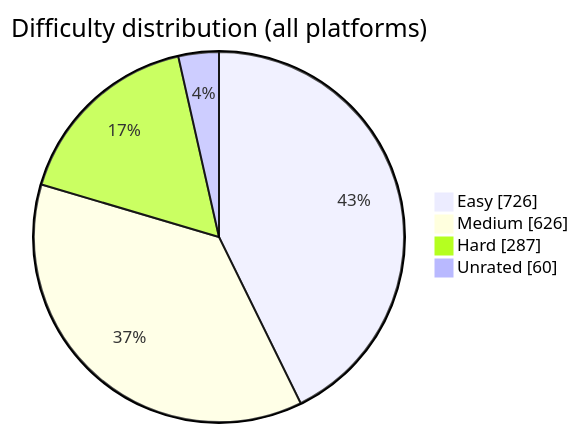
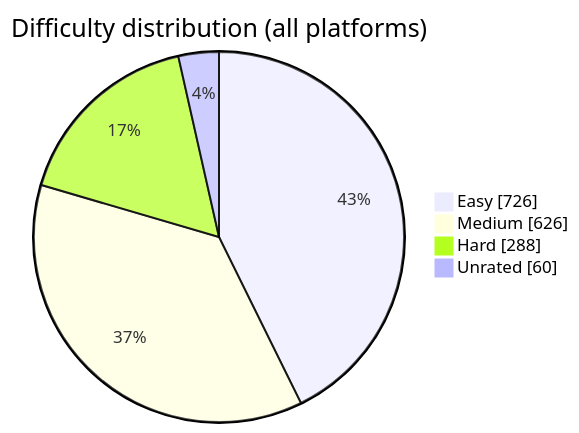
Before and after one commit to BuildbyArindam/Daily-Coding-Log: the diagram in README.md, drawn with Mermaid. The commit also changed other lines of this file, not shown here.

````diff
--- a/README.md
+++ b/README.md
@@ -93,7 +93,7 @@
 ```mermaid
 pie showData title Difficulty distribution (all platforms)
     "Easy" : 726
     "Medium" : 626
-    "Hard" : 287
+    "Hard" : 288
     "Unrated" : 60
 ```
````
